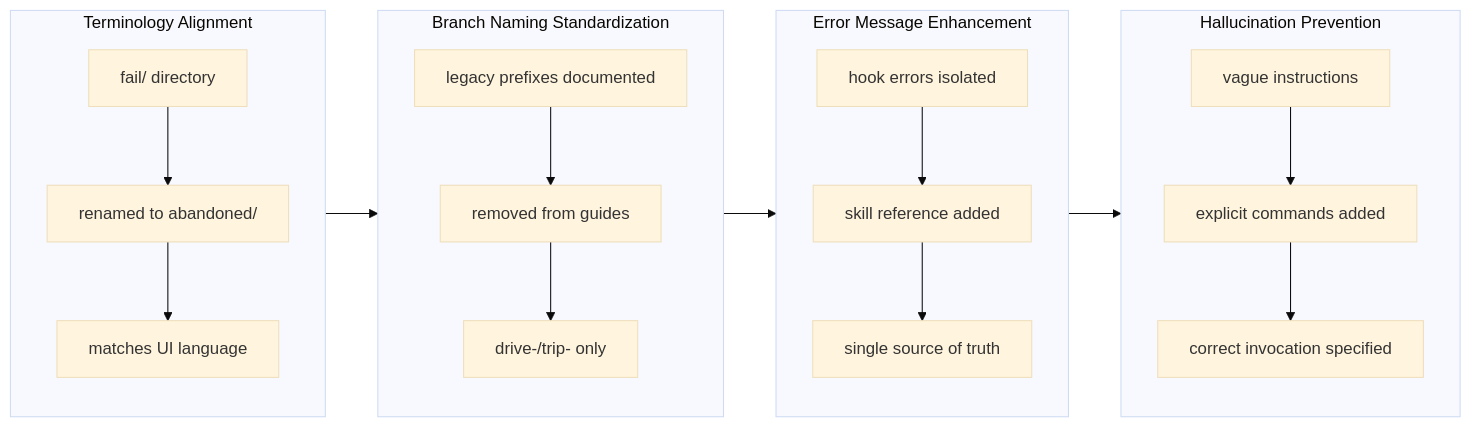
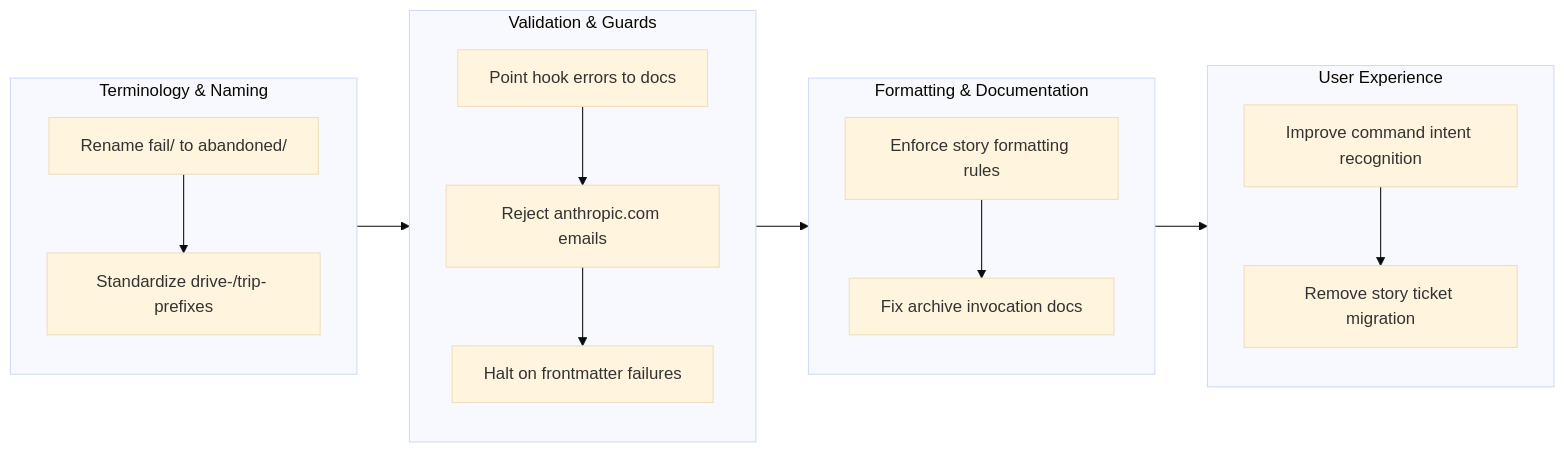
The diagram in .workaholic/stories/drive-20260131-223656.md (qmu/workaholic), drawn with Mermaid (base theme) before and after one commit. The commit also changed other lines of this file and 24 other files, not shown here.

````diff
--- a/.workaholic/stories/drive-20260131-223656.md
+++ b/.workaholic/stories/drive-20260131-223656.md
@@ -29,28 +44,24 @@
 ```mermaid
 flowchart LR
-  subgraph Terminology["Terminology Alignment"]
+  subgraph Naming[Terminology & Naming]
     direction TB
-    t1["fail/ directory"] --> t2["renamed to abandoned/"]
-    t2 --> t3["matches UI language"]
+    n1["Rename fail/ to abandoned/"] --> n2["Standardize drive-/trip- prefixes"]
   end
 
-  subgraph Naming["Branch Naming Standardization"]
+  subgraph Validation[Validation & Guards]
     direction TB
-    n1["legacy prefixes documented"] --> n2["removed from guides"]
-    n2 --> n3["drive-/trip- only"]
+    v1["Point hook errors to docs"] --> v2["Reject anthropic.com emails"] --> v3["Halt on frontmatter failures"]
   end
 
-  subgraph ErrorGuide["Error Message Enhancement"]
+  subgraph Formatting[Formatting & Documentation]
     direction TB
-    e1["hook errors isolated"] --> e2["skill reference added"]
-    e2 --> e3["single source of truth"]
+    f1["Enforce story formatting rules"] --> f2["Fix archive invocation docs"]
   end
 
-  subgraph Hallucination["Hallucination Prevention"]
+  subgraph UX[User Experience]
     direction TB
-    h1["vague instructions"] --> h2["explicit commands added"]
-    h2 --> h3["correct invocation specified"]
+    u1["Improve command intent recognition"] --> u2["Remove story ticket migration"]
   end
 
-  Terminology --> Naming --> ErrorGuide --> Hallucination
+  Naming --> Validation --> Formatting --> UX
 ```
````
